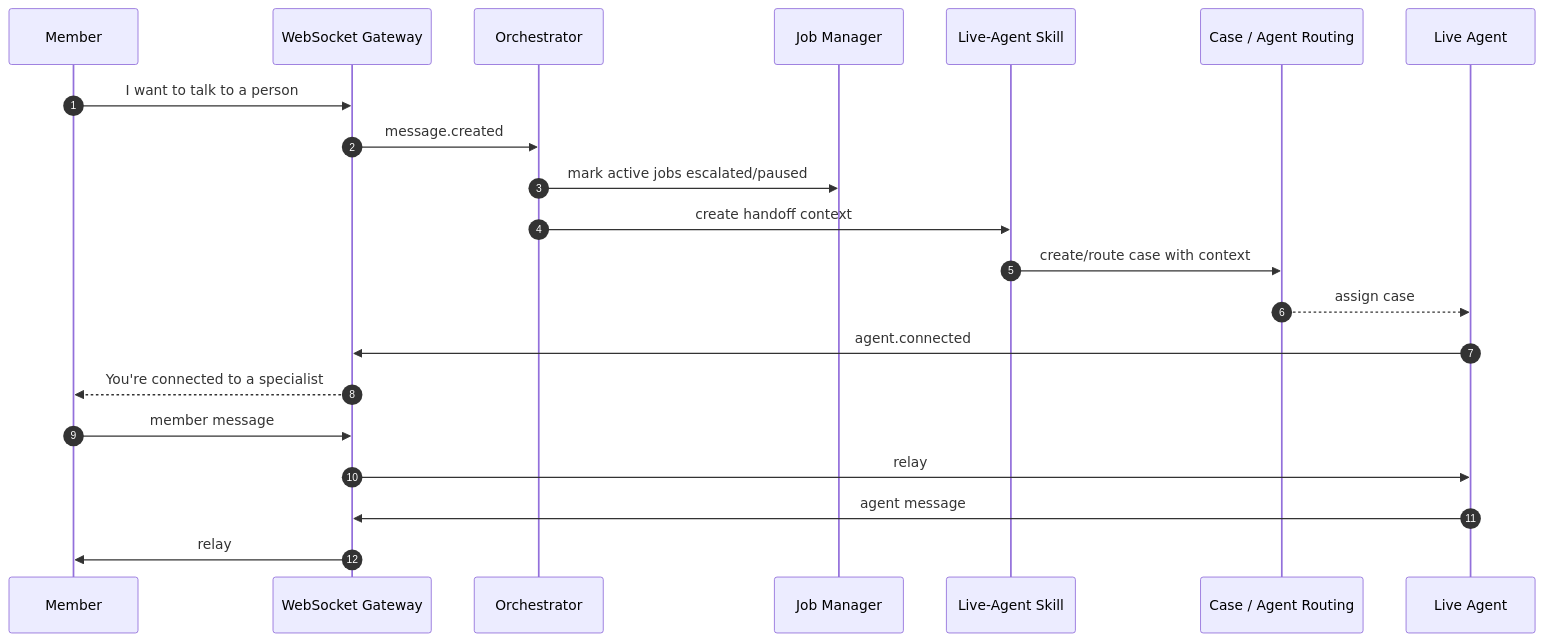
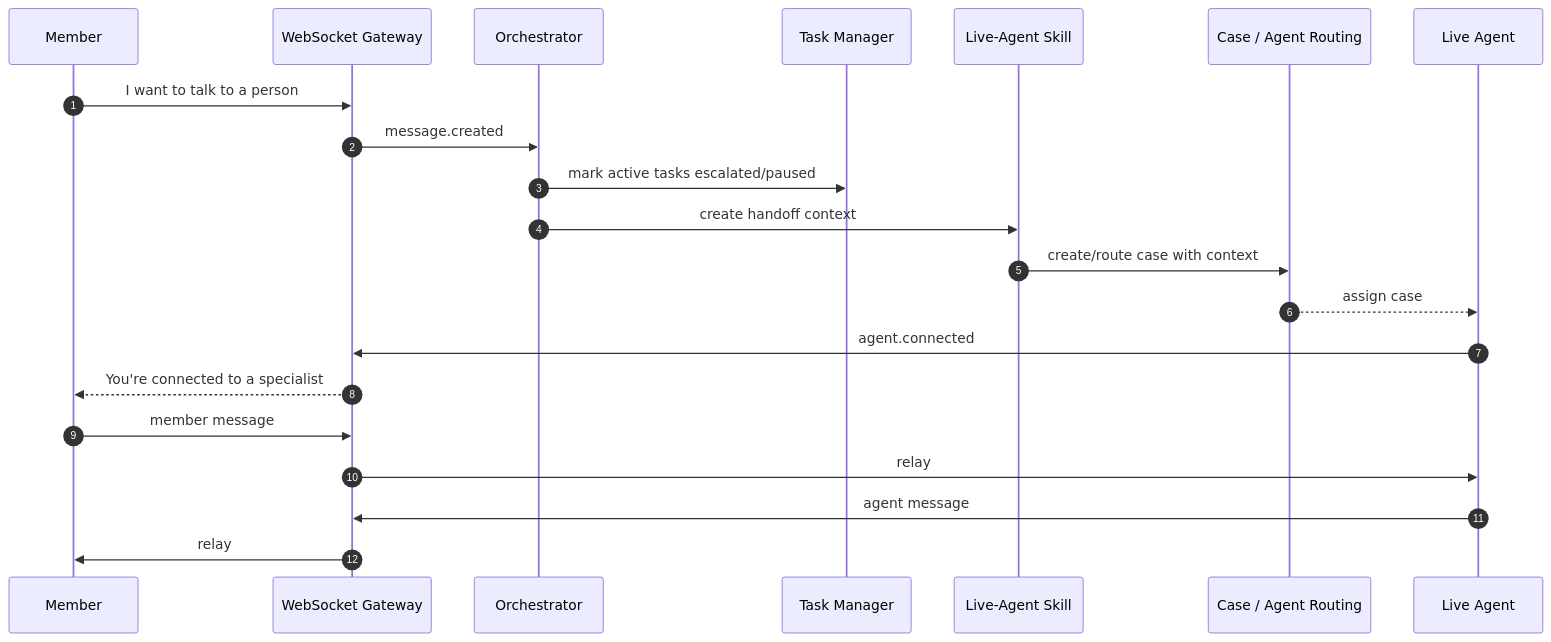
The eighth of 9 diagrams in docs/Architecture3.md (bhochhi/nexus), drawn with Mermaid before and after one commit. The commit also changed other lines of this file and 38 other files, not shown here.

First line of the commit message:
feat: standardize skill architecture and conversational routing

````diff
--- a/docs/Architecture3.md
+++ b/docs/Architecture3.md
@@ -789,24 +850,24 @@
 ```mermaid
 sequenceDiagram
     autonumber
     participant M as Member
     participant API as WebSocket Gateway
     participant O as Orchestrator
-    participant JM as Job Manager
+    participant TM as Task Manager
     participant RT as Live-Agent Skill
     participant CRM as Case / Agent Routing
     participant A as Live Agent
 
     M->>API: I want to talk to a person
     API->>O: message.created
-    O->>JM: mark active jobs escalated/paused
+    O->>TM: mark active tasks escalated/paused
     O->>RT: create handoff context
     RT->>CRM: create/route case with context
     CRM-->>A: assign case
     A->>API: agent.connected
     API-->>M: You're connected to a specialist
     M->>API: member message
     API->>A: relay
     A->>API: agent message
     API->>M: relay
 ```
````
